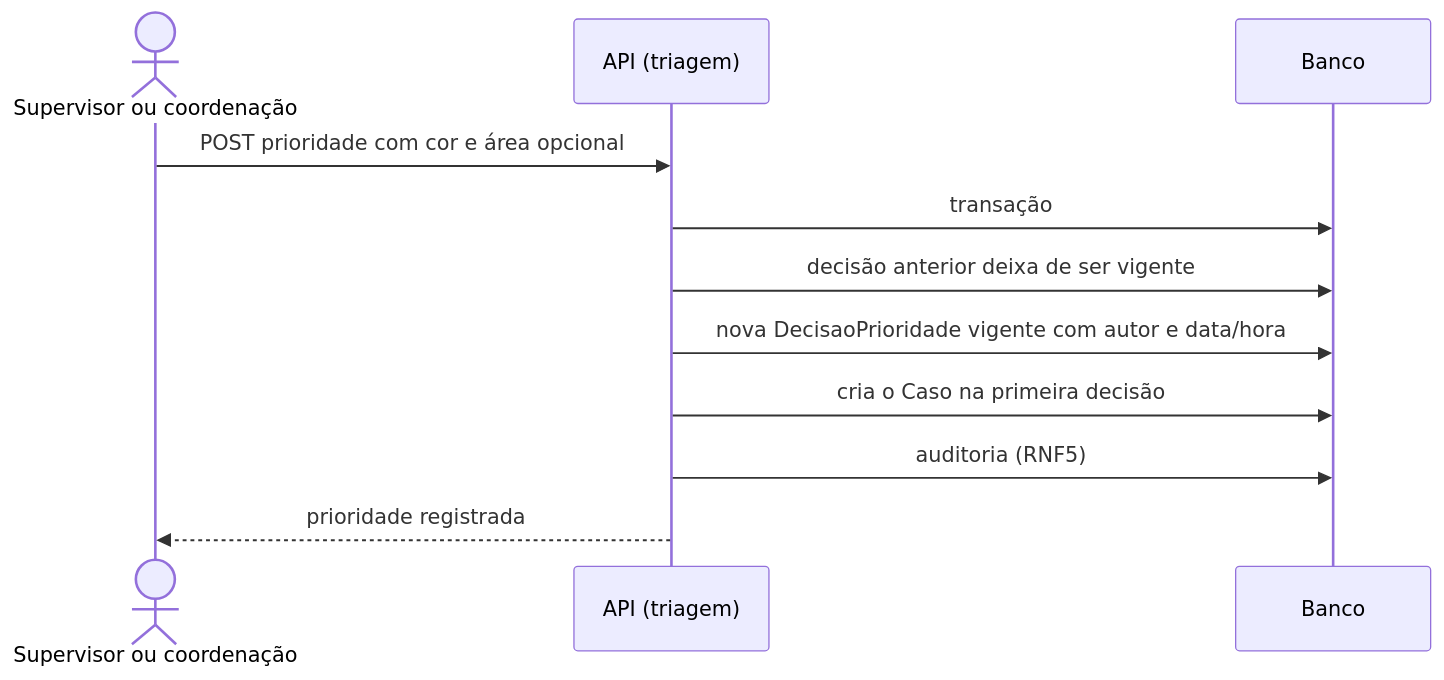
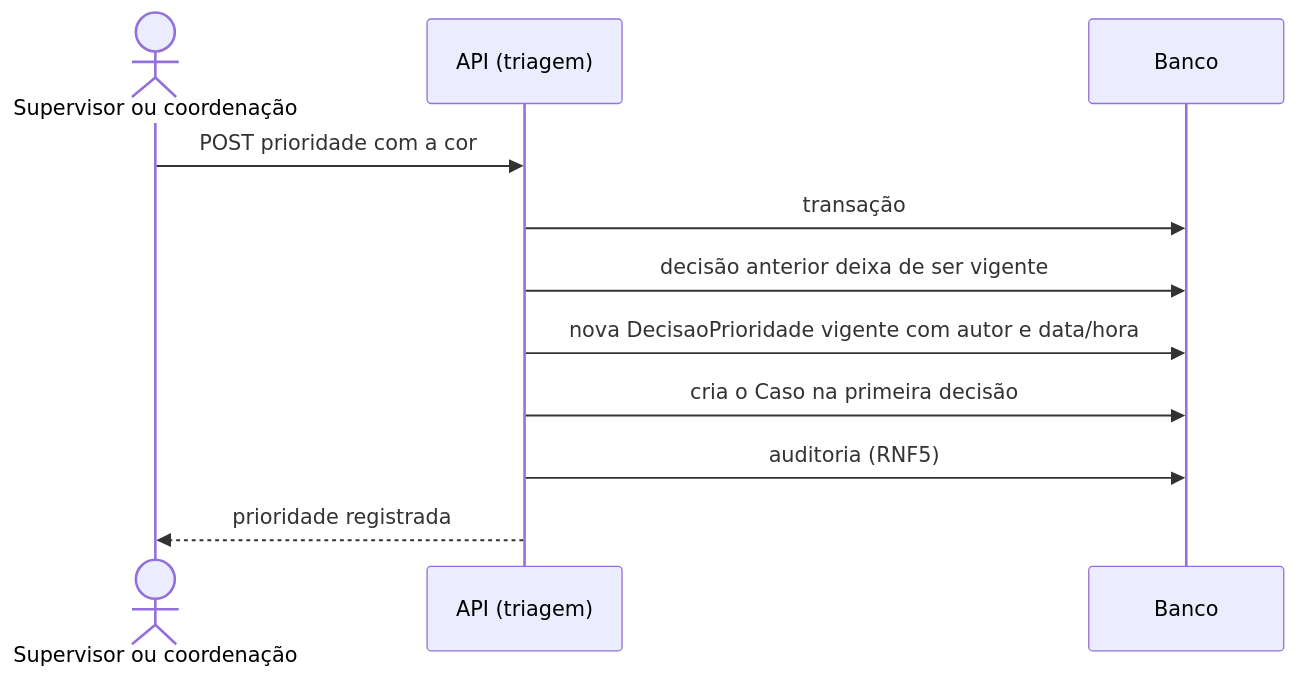
Before and after one commit to mdsreq-fga-unb/REQ-2026.2-T02-ClinicaEscolaFBr: the ninth of 13 diagrams in documentacao/docs/unidade-3/projeto-features-ciclo-3.md, drawn with Mermaid. The commit also changed other lines of this file and 16 other files, not shown here.

````diff
--- a/documentacao/docs/unidade-3/projeto-features-ciclo-3.md
+++ b/documentacao/docs/unidade-3/projeto-features-ciclo-3.md
@@ -407,13 +404,13 @@
 ```mermaid
 sequenceDiagram
     actor S as Supervisor ou coordenação
     participant A as API (triagem)
     participant DB as Banco
-    S->>A: POST prioridade com cor e área opcional
+    S->>A: POST prioridade com a cor
     A->>DB: transação
     A->>DB: decisão anterior deixa de ser vigente
     A->>DB: nova DecisaoPrioridade vigente com autor e data/hora
     A->>DB: cria o Caso na primeira decisão
     A->>DB: auditoria (RNF5)
     A-->>S: prioridade registrada
 ```
````
